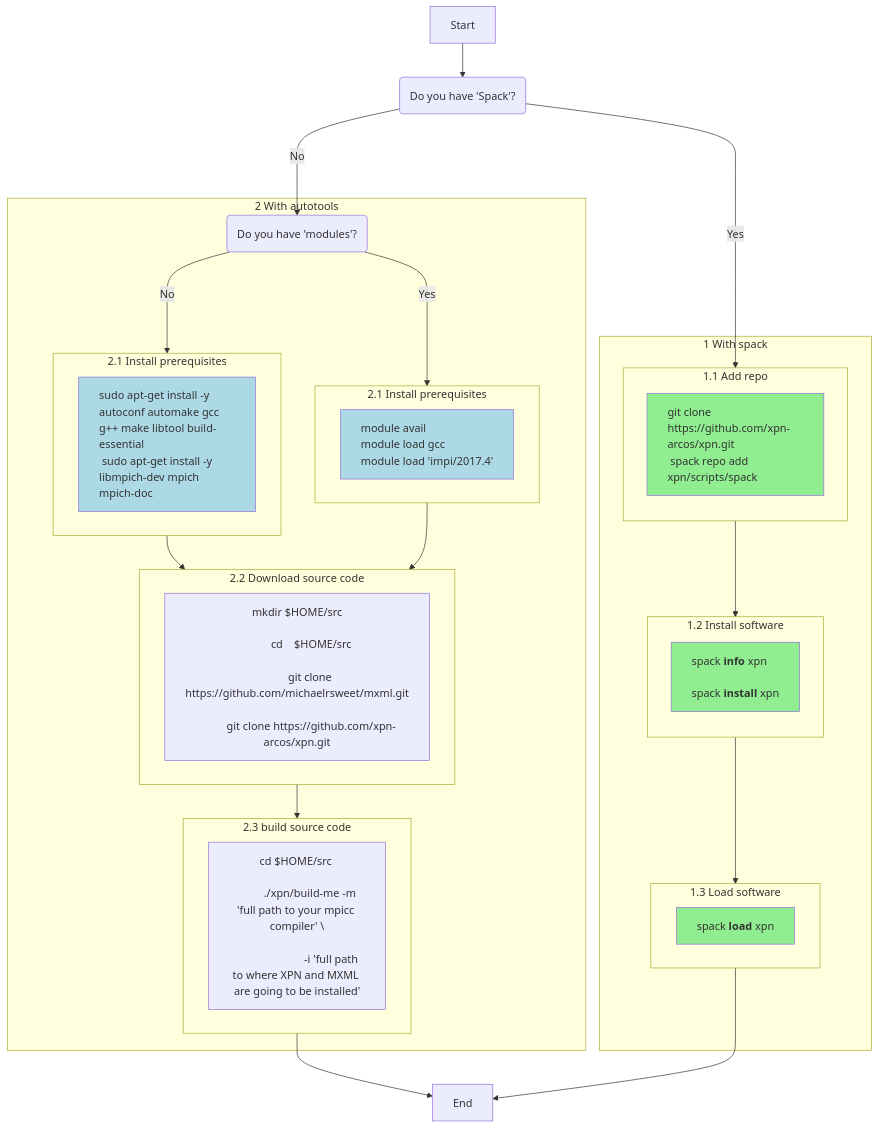
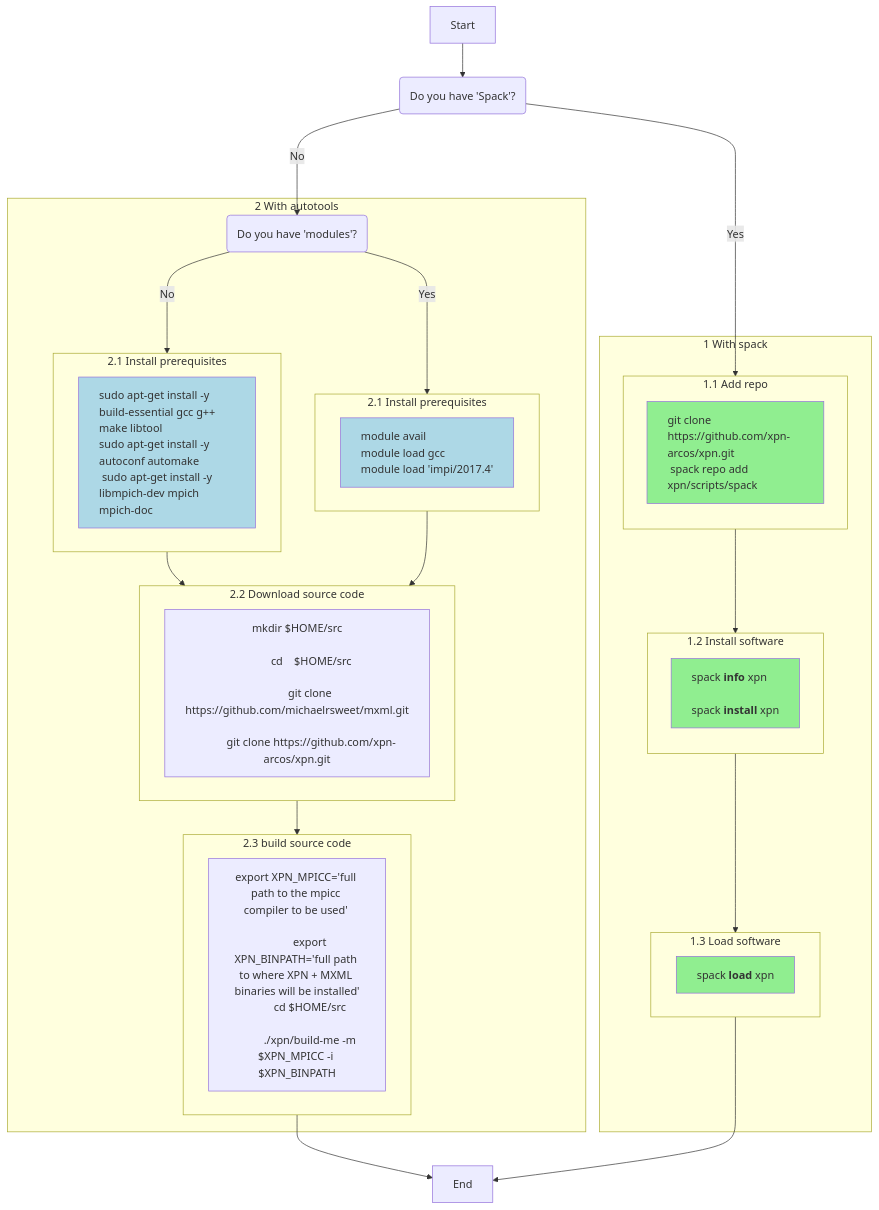
One commit to xpn-arcos/xpn changed the first of 4 diagrams in README.md. Above: the diagram before and after it, drawn with Mermaid. The commit also changed other lines of this file, not shown here.

````diff
--- a/README.md
+++ b/README.md
@@ -23,61 +23,62 @@
   ```mermaid
   flowchart TD
     A[Start] --> B("Do you have 'Spack'?")
 
     B -- Yes --> X1
     subgraph ide1 [1 With spack]
     subgraph "1.1 Add repo"
        direction TB
        X1["git clone https://github.com/xpn-arcos/xpn.git<br> spack repo add xpn/scripts/spack"]
     end
     X1 --> X2
     subgraph "1.2 Install software"
        direction TB
        X2["`spack **info** xpn </br>
          spack **install** xpn`"]
     end
     X2 --> X3
     subgraph "1.3 Load software"
        direction LR
        X3["`spack **load** xpn`"]
     end
     classDef lt text-align:left,fill:lightgreen;
     class X1,X2,X3 lt;
     end
     X3 --> I[End]
 
     B -- No ---> Y1("Do you have 'modules'?")
     subgraph ide2 [2 With autotools]
     Y1-- Yes ---> Y1A
     subgraph "2.1 Install prerequisites"
        direction LR
        Y1A["module avail<br> module load gcc<br> module load 'impi/2017.4'"]
     end
     Y1-- No ---> Y1B
     subgraph "2.1 Install prerequisites"
        direction LR
-       Y1B["sudo apt-get install -y autoconf automake gcc g++ make libtool build-essential<br> sudo apt-get install -y libmpich-dev mpich mpich-doc"]
+       Y1B["sudo apt-get install -y build-essential gcc g++ make libtool<br>sudo apt-get install -y autoconf automake<br> sudo apt-get install -y libmpich-dev mpich mpich-doc"]
     end
     Y1A --> Y2B
     Y1B --> Y2B
     subgraph "2.2 Download source code"
        direction LR
        Y2B["mkdir $HOME/src<br>
             cd    $HOME/src<br>
             git clone https://github.com/michaelrsweet/mxml.git<br>
             git clone https://github.com/xpn-arcos/xpn.git"]
     end
     Y2B --> Y3B
     subgraph "2.3 build source code"
        direction LR
-       Y3B["cd $HOME/src <br>
-            ./xpn/build-me -m 'full path to your mpicc compiler' \<br>
-                           -i 'full path to where XPN and MXML are going to be installed'"]
+       Y3B["export XPN_MPICC='full path to the mpicc compiler to be used' <br>
+            export XPN_BINPATH='full path to where XPN + MXML binaries will be installed'
+            cd $HOME/src <br>
+            ./xpn/build-me -m $XPN_MPICC -i $XPN_BINPATH"]
     end
 
     classDef lt2 text-align:left,fill:lightblue;
     class Y1A,Y1B lt2;
     end
 
     Y3B --> I[End]
   ```
````
